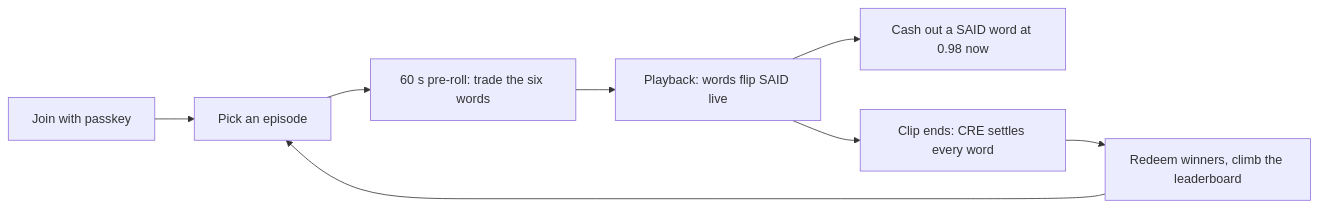
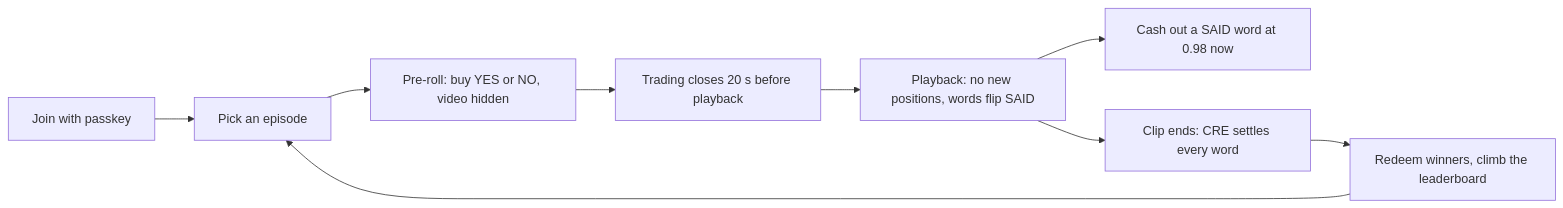
Before and after one commit to febrinirwana/sayso: the diagram in docs/PRD.md, drawn with Mermaid. The commit also changed other lines of this file and 13 other files, not shown here.

First line of the commit message:
feat(studio): close new positions before playback by pulling every book at trading close

````diff
--- a/docs/PRD.md
+++ b/docs/PRD.md
@@ -18,10 +18,11 @@
 ```mermaid
 flowchart LR
   A[Join with passkey] --> B[Pick an episode]
-  B --> C[60 s pre-roll: trade the six words]
-  C --> D[Playback: words flip SAID live]
+  B --> C[Pre-roll: buy YES or NO, video hidden]
+  C --> H[Trading closes 20 s before playback]
+  H --> D[Playback: no new positions, words flip SAID]
   D --> E[Cash out a SAID word at 0.98 now]
   D --> F[Clip ends: CRE settles every word]
   F --> G[Redeem winners, climb the leaderboard]
   G --> B
 ```
````
